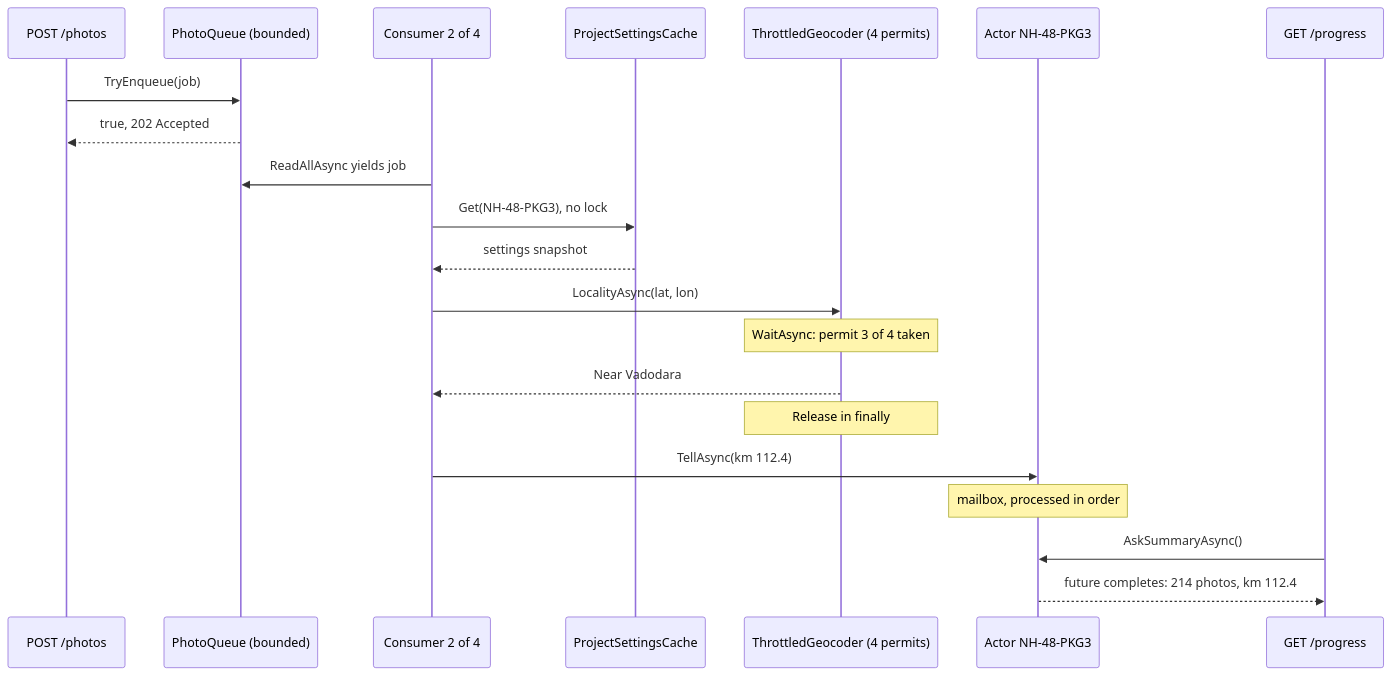
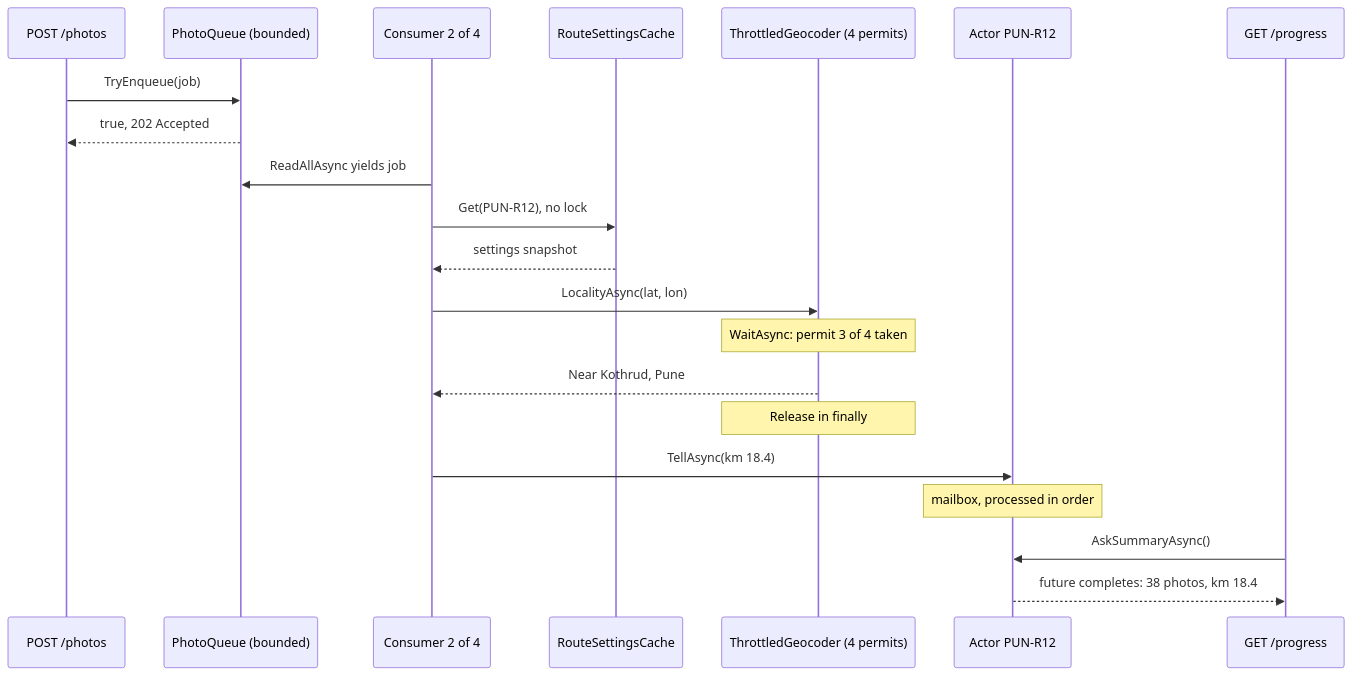
Before and after one commit to rizwi0786/system-design-lab: the second of 2 diagrams in content/lessons/m13/m13-concurrency-patterns.md, drawn with Mermaid. The commit also changed other lines of this file and 334 other files, not shown here.

````diff
--- a/content/lessons/m13/m13-concurrency-patterns.md
+++ b/content/lessons/m13/m13-concurrency-patterns.md
@@ -329,23 +329,23 @@
 ```mermaid
 sequenceDiagram
     participant API as POST /photos
     participant Q as PhotoQueue (bounded)
     participant C as Consumer 2 of 4
-    participant S as ProjectSettingsCache
+    participant S as RouteSettingsCache
     participant G as ThrottledGeocoder (4 permits)
-    participant A as Actor NH-48-PKG3
+    participant A as Actor PUN-R12
     participant R as GET /progress
     API->>Q: TryEnqueue(job)
     Q-->>API: true, 202 Accepted
     C->>Q: ReadAllAsync yields job
-    C->>S: Get(NH-48-PKG3), no lock
+    C->>S: Get(PUN-R12), no lock
     S-->>C: settings snapshot
     C->>G: LocalityAsync(lat, lon)
     Note over G: WaitAsync: permit 3 of 4 taken
-    G-->>C: Near Vadodara
+    G-->>C: Near Kothrud, Pune
     Note over G: Release in finally
-    C->>A: TellAsync(km 112.4)
+    C->>A: TellAsync(km 18.4)
     Note over A: mailbox, processed in order
     R->>A: AskSummaryAsync()
-    A-->>R: future completes: 214 photos, km 112.4
+    A-->>R: future completes: 38 photos, km 18.4
 ```
````
